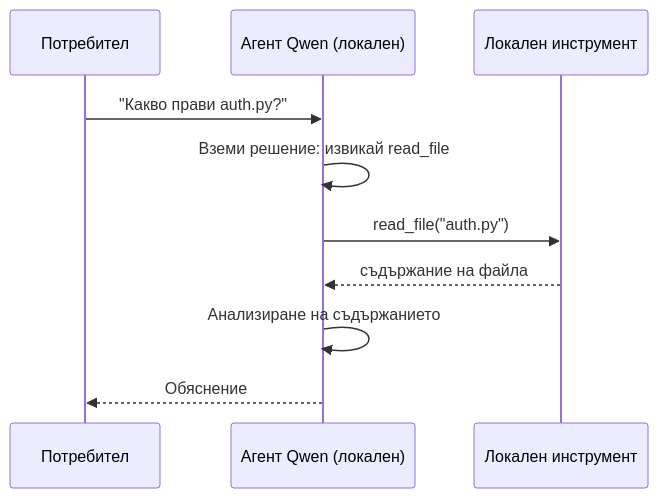
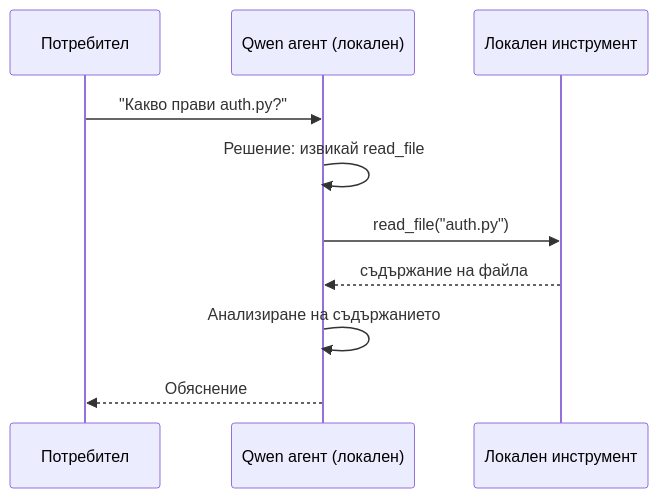
Before and after one commit to gabrielmoreira/agent-skills-mirror: the second of 4 diagrams in mirrors/repos/microsoft@ai-agents-for-beginners/translations/bg/17-creating-local-ai-agents/README.md, drawn with Mermaid. The commit also changed other lines of this file and 4262 other files, not shown here.

````diff
--- a/mirrors/repos/microsoft@ai-agents-for-beginners/translations/bg/17-creating-local-ai-agents/README.md
+++ b/mirrors/repos/microsoft@ai-agents-for-beginners/translations/bg/17-creating-local-ai-agents/README.md
@@ -106,12 +106,12 @@
 ```mermaid
 sequenceDiagram
     participant U as Потребител
-    participant A as Агент Qwen (локален)
+    participant A as Qwen агент (локален)
     participant T as Локален инструмент
     U->>A: "Какво прави auth.py?"
-    A->>A: Вземи решение: извикай read_file
+    A->>A: Решение: извикай read_file
     A->>T: read_file("auth.py")
     T-->>A: съдържание на файла
     A->>A: Анализиране на съдържанието
     A-->>U: Обяснение
 ```
````
